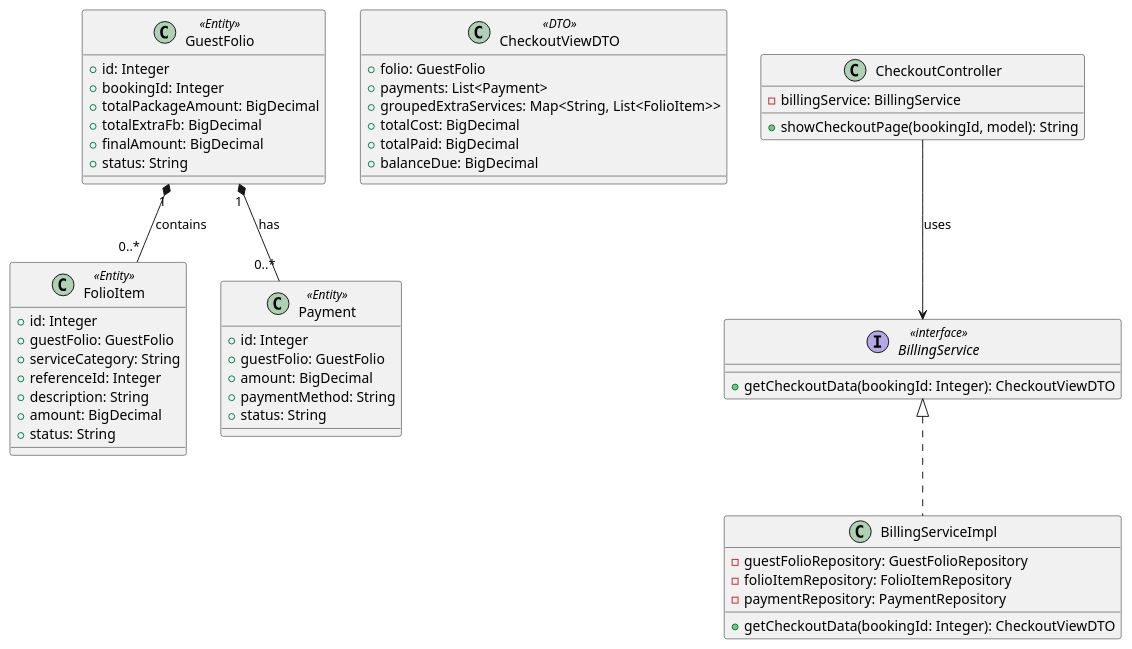
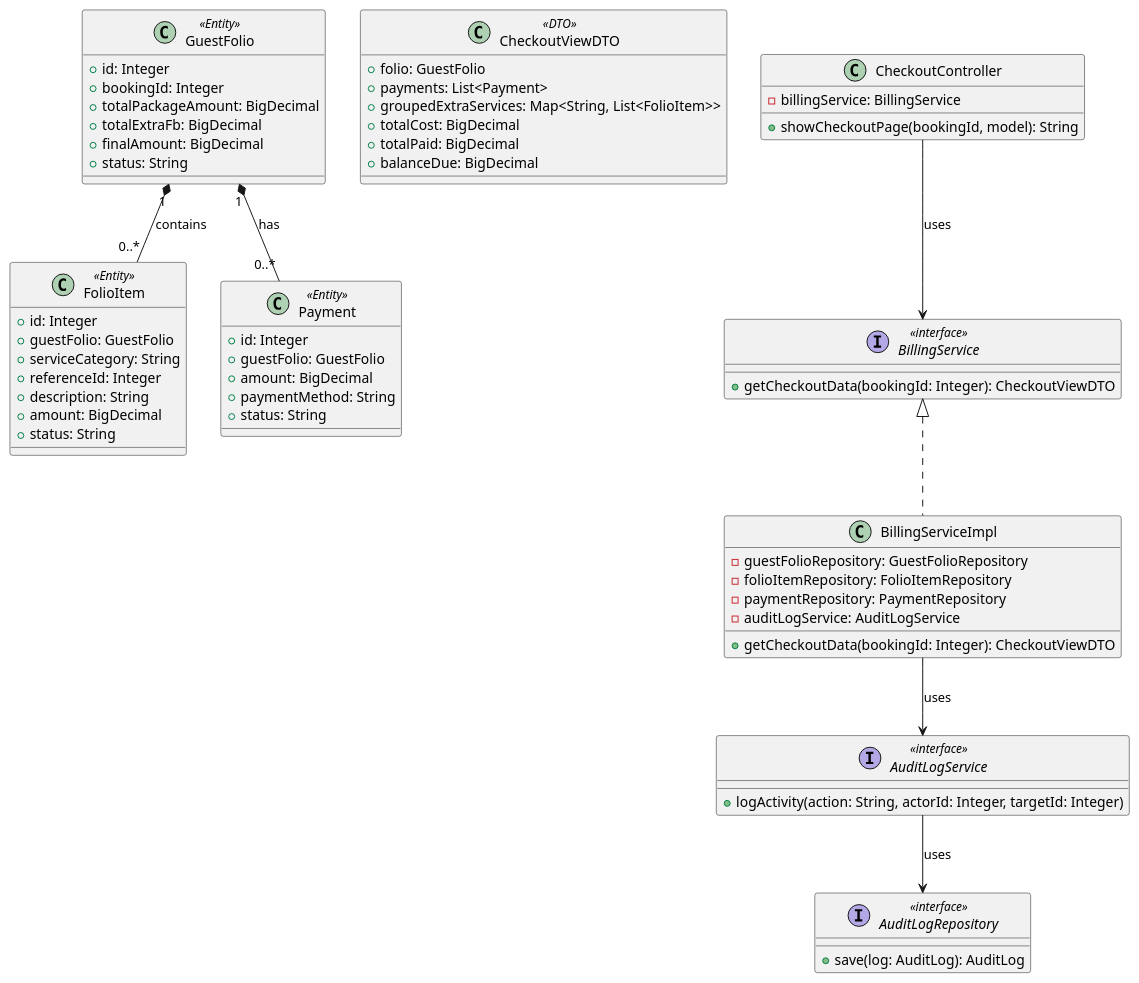
One commit to danhdac36/xoai-aura-retreat changed the first of 3 diagrams in 04_Implement/Module5/UC21/UC21_EDS_Consolidated_Invoice.md. Above: the diagram before and after it, drawn with PlantUML. The commit also changed other lines of this file and 5 other files, not shown here.

````diff
--- a/04_Implement/Module5/UC21/UC21_EDS_Consolidated_Invoice.md
+++ b/04_Implement/Module5/UC21/UC21_EDS_Consolidated_Invoice.md
@@ -137,62 +140,73 @@
 ```plantuml
 @startuml
 class GuestFolio <<Entity>> {
   +id: Integer
   +bookingId: Integer
   +totalPackageAmount: BigDecimal
   +totalExtraFb: BigDecimal
   +finalAmount: BigDecimal
   +status: String
 }
 
 class FolioItem <<Entity>> {
   +id: Integer
   +guestFolio: GuestFolio
   +serviceCategory: String
   +referenceId: Integer
   +description: String
   +amount: BigDecimal
   +status: String
 }
 
 class Payment <<Entity>> {
   +id: Integer
   +guestFolio: GuestFolio
   +amount: BigDecimal
   +paymentMethod: String
   +status: String
 }
 
 class CheckoutViewDTO <<DTO>> {
   +folio: GuestFolio
   +payments: List<Payment>
   +groupedExtraServices: Map<String, List<FolioItem>>
   +totalCost: BigDecimal
   +totalPaid: BigDecimal
   +balanceDue: BigDecimal
 }
 
 GuestFolio "1" *-- "0..*" FolioItem : contains
 GuestFolio "1" *-- "0..*" Payment : has
 
 interface BillingService <<interface>> {
   +getCheckoutData(bookingId: Integer): CheckoutViewDTO
 }
 
 class BillingServiceImpl {
   -guestFolioRepository: GuestFolioRepository
   -folioItemRepository: FolioItemRepository
   -paymentRepository: PaymentRepository
+  -auditLogService: AuditLogService
   +getCheckoutData(bookingId: Integer): CheckoutViewDTO
+}
+
+interface AuditLogService <<interface>> {
+  +logActivity(action: String, actorId: Integer, targetId: Integer)
+}
+
+interface AuditLogRepository <<interface>> {
+  +save(log: AuditLog): AuditLog
 }
 
 BillingService <|.. BillingServiceImpl
 
 class CheckoutController {
   -billingService: BillingService
   +showCheckoutPage(bookingId, model): String
 }
 
 CheckoutController --> BillingService : uses
+BillingServiceImpl --> AuditLogService : uses
+AuditLogService --> AuditLogRepository : uses
 @enduml
 ```
````
